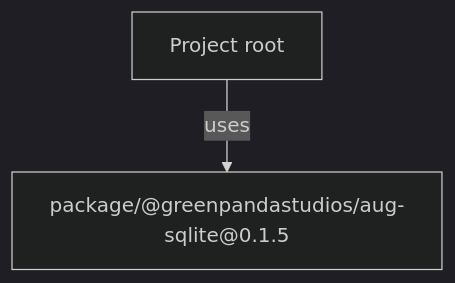
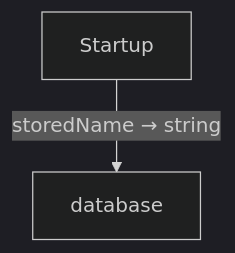
Before and after one commit to GreenPandaStudios/augscript: the first of 2 diagrams in docs/examples/native-sqlite/diagrams/index.md, drawn with Mermaid (dark theme). The commit also changed other lines of this file and 524 other files, not shown here.

Commit message:
Explain checked data flow at folder and service levels

````diff
--- a/docs/examples/native-sqlite/diagrams/index.md
+++ b/docs/examples/native-sqlite/diagrams/index.md
@@ -21,6 +19,6 @@
 ```mermaid
 flowchart TD
-    n0["Project root"]
-    n1["package/@greenpandastudios/aug-sqlite@0.1.5"]
-    n0 -->|"uses"| n1
+    n0["database"]
+    n1["Startup"]
+    n1 -->|"storedName → string"| n0
 ```
````
